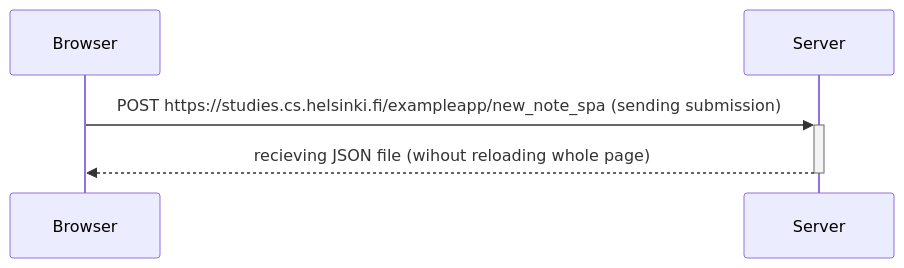
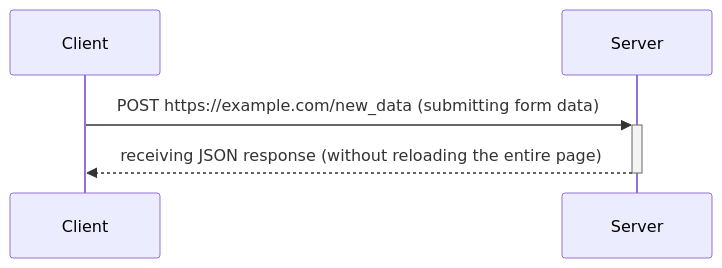
One commit to disha9911/Full-Stack-Open-Source-2024 changed the diagram in part-0/Exercise 0.6.md. Above: the diagram before and after it, drawn with Mermaid.

Commit message:
Update Exercise 0.6.md

````diff
--- a/part-0/Exercise 0.6.md
+++ b/part-0/Exercise 0.6.md
@@ -1,9 +1,10 @@
 ```mermaid
 sequenceDiagram
     
 
-    Browser->>+Server: POST https://studies.cs.helsinki.fi/exampleapp/new_note_spa (sending submission)
+    Client->>+Server: POST https://example.com/new_data (submitting form data)
     
-    Server-->>-Browser: recieving JSON file (wihout reloading whole page)
+    Server-->>-Client: receiving JSON response (without reloading the entire page)
+
    
 ```
````
